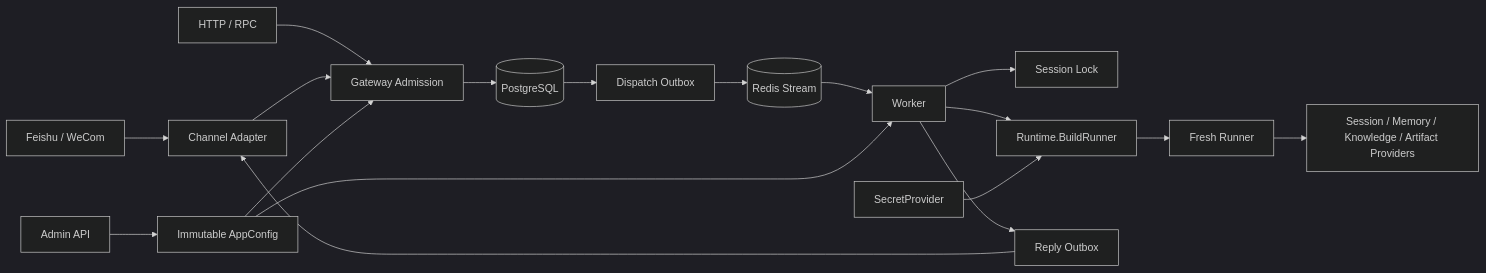
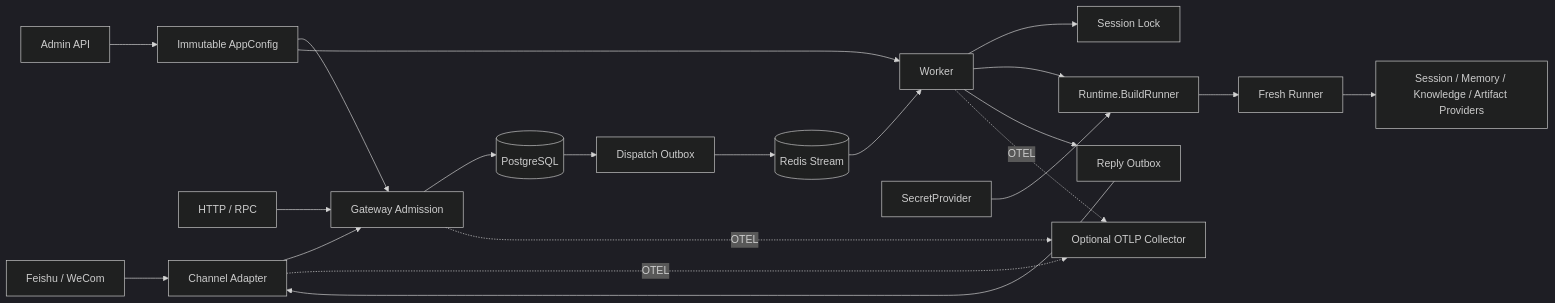
Before and after one commit to Yukua1/trpc-agent-service: the diagram in docs/deliverables/system-architecture.md, drawn with Mermaid (dark theme). The commit also changed other lines of this file and 54 other files, not shown here.

````diff
--- a/docs/deliverables/system-architecture.md
+++ b/docs/deliverables/system-architecture.md
@@ -5,20 +5,24 @@
 ```mermaid
 flowchart LR
     IM[Feishu / WeCom] --> CA[Channel Adapter]
     API[HTTP / RPC] --> GW[Gateway Admission]
     CA --> GW
     GW --> SQL[(PostgreSQL)]
     SQL --> RO[Dispatch Outbox]
     RO --> RS[(Redis Stream)]
     RS --> WK[Worker]
     WK --> SL[Session Lock]
     WK --> RT[Runtime.BuildRunner]
     RT --> R[Fresh Runner]
     R --> SP[Session / Memory / Knowledge / Artifact Providers]
     WK --> REP[Reply Outbox]
     REP --> CA
     AD[Admin API] --> CFG[Immutable AppConfig]
     CFG --> GW
     CFG --> WK
     KMS[SecretProvider] --> RT
+    TEL[Optional OTLP Collector]
+    CA -. OTEL .-> TEL
+    GW -. OTEL .-> TEL
+    WK -. OTEL .-> TEL
 ```
````
